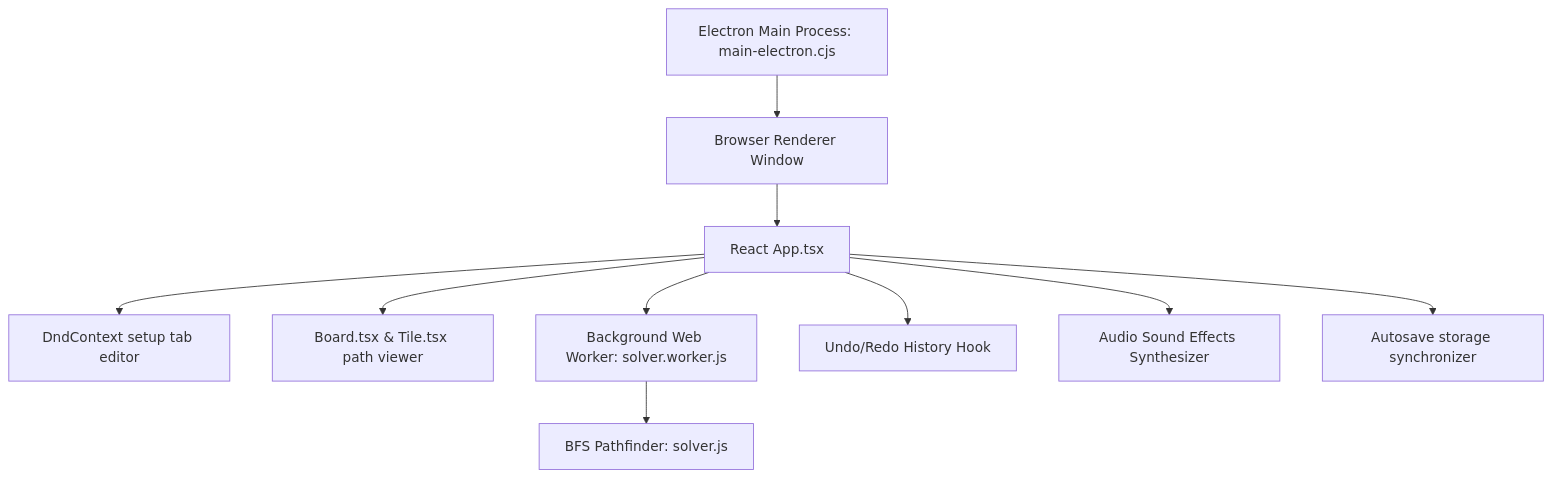
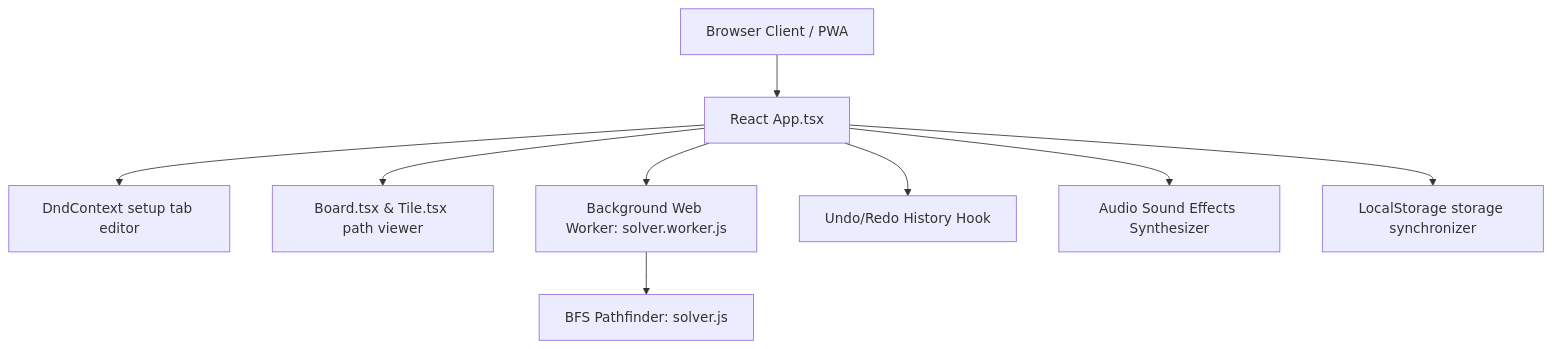
Before and after one commit to JLeshnick/Labyrinth-Game-Solver: the diagram in CONTEXT.md, drawn with Mermaid. The commit also changed other lines of this file and 4 other files, not shown here.

````diff
--- a/CONTEXT.md
+++ b/CONTEXT.md
@@ -9,12 +9,11 @@
 ```mermaid
 graph TD
-    A[Electron Main Process: main-electron.cjs] --> B[Browser Renderer Window]
-    B --> C[React App.tsx]
+    B[Browser Client / PWA] --> C[React App.tsx]
     C --> D[DndContext setup tab editor]
     C --> E[Board.tsx & Tile.tsx path viewer]
     C --> F[Background Web Worker: solver.worker.js]
     F --> G[BFS Pathfinder: solver.js]
     C --> H[Undo/Redo History Hook]
     C --> I[Audio Sound Effects Synthesizer]
-    C --> J[Autosave storage synchronizer]
+    C --> J[LocalStorage storage synchronizer]
 ```
````
